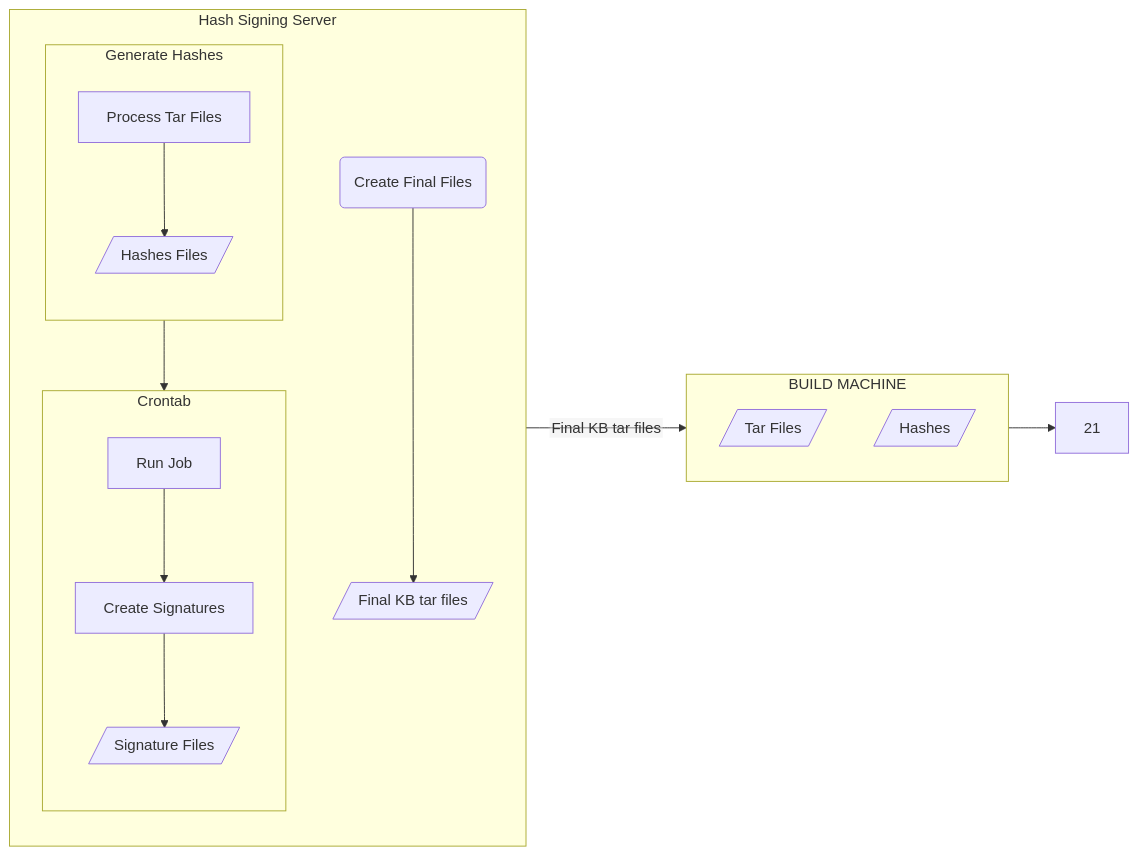
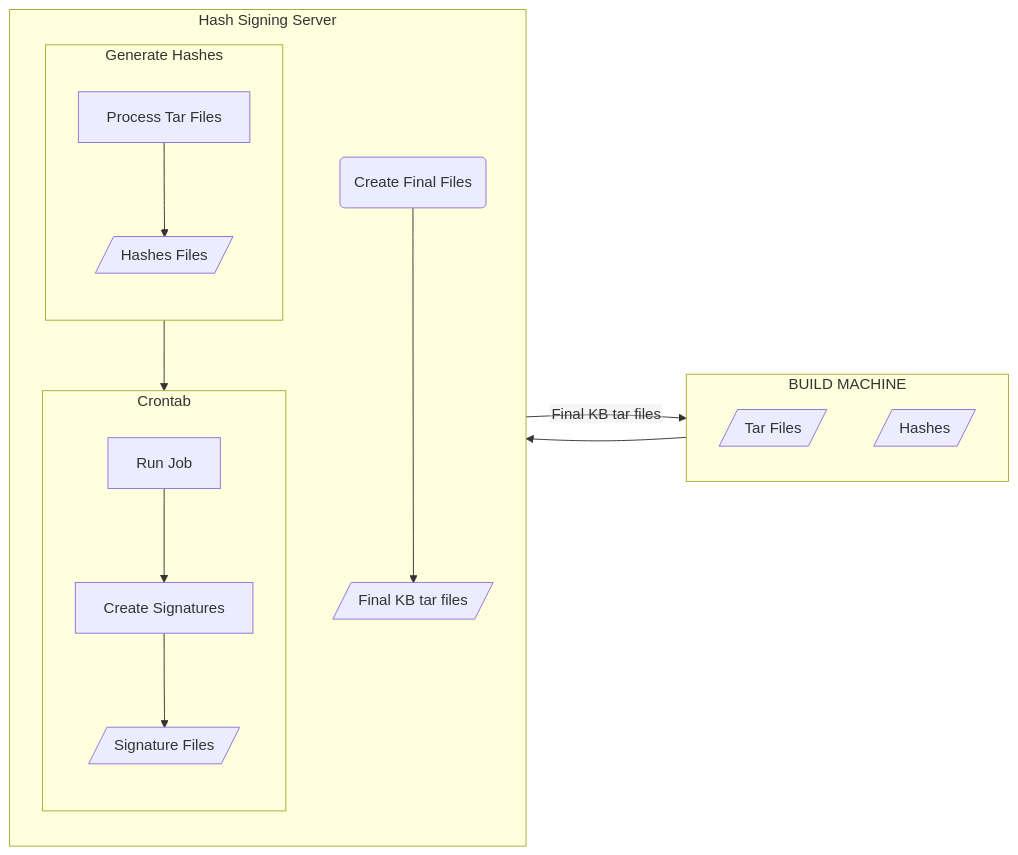
The diagram in README.md (lopezji/test-repository), drawn with Mermaid before and after one commit.

Commit message:
Working diagrams

````diff
--- a/README.md
+++ b/README.md
@@ -4,32 +4,32 @@
 ```mermaid
 %%{init: {"flowchart": {"htmlLabels": false}} }%%
 flowchart LR
     subgraph a["BUILD MACHINE"]
         direction TB
             a1[/Tar Files/]
             a2[/Hashes/]
     end
 
      subgraph b["Hash Signing Server"]
         direction TB
             subgraph b1[Generate Hashes]
                 direction TB
                  b11[Process Tar Files] --> b12[/Hashes Files/]
             end
 
             subgraph b2["Crontab"]
                 direction TB 
                 b21["Run Job"] --> b22[Create Signatures]
                 b22 --> b23[/Signature Files/]
             end 
 
             c1("Create Final Files") --> c2[/Final KB tar files/]
 
             b12 --> b21
             
      end               
 
-     a --> 21
+     a --> b21
 
      b -- "Final KB tar files" --> a
 ```
````
